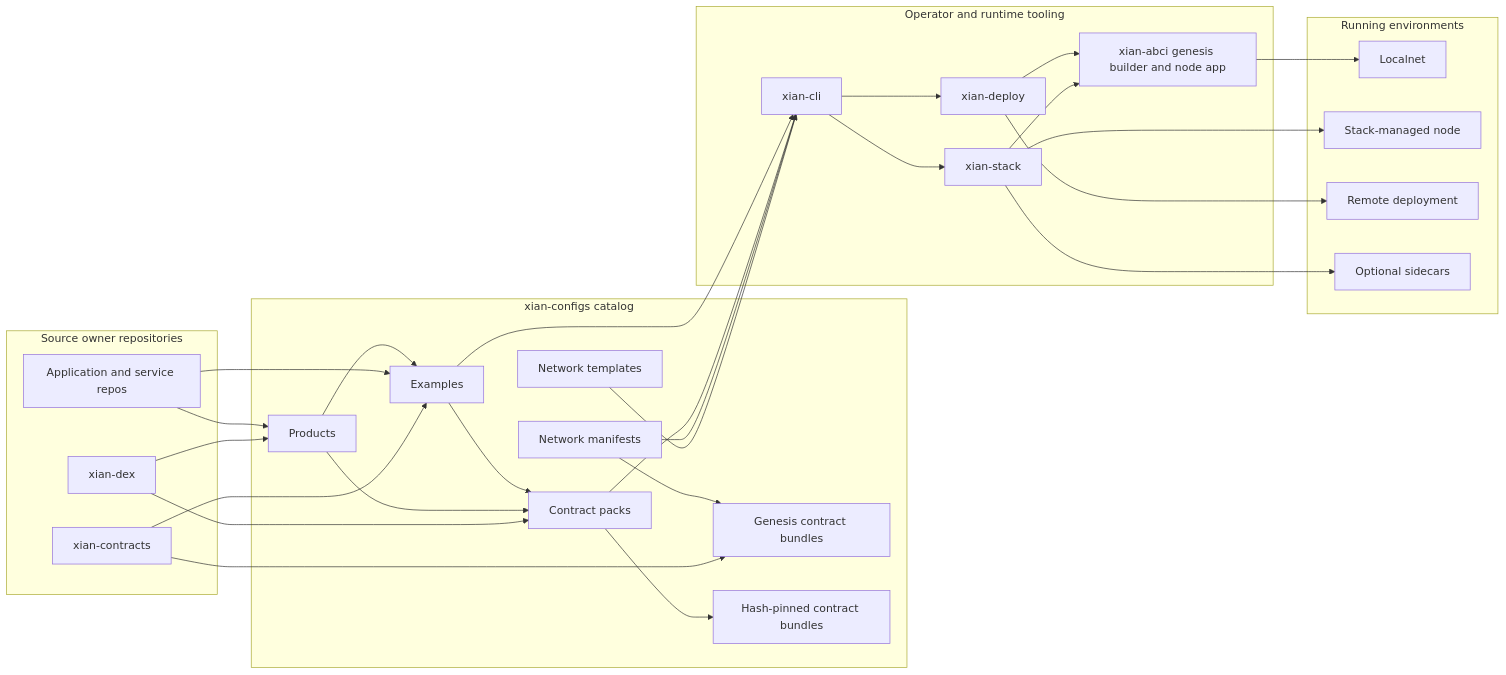
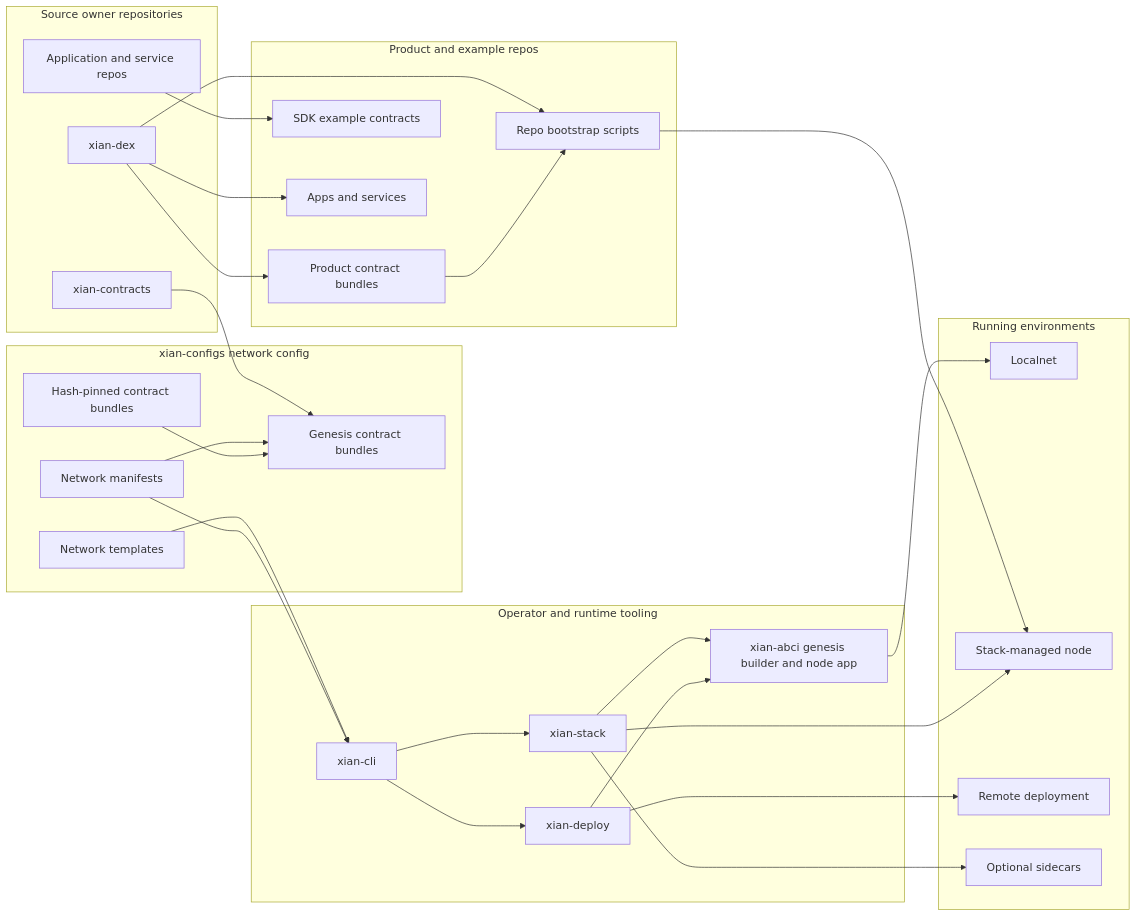
The first of 2 diagrams in introduction/architecture-overview.md (xian-technology/xian-docs-web), drawn with Mermaid before and after one commit. The commit also changed other lines of this file and 27 other files, not shown here.

First line of the commit message:
Docs restructure: drop contract-pack and example pages; nav/content updates

````diff
--- a/introduction/architecture-overview.md
+++ b/introduction/architecture-overview.md
@@ -28,56 +29,56 @@
 ```mermaid
 flowchart LR
   subgraph Source["Source owner repositories"]
     DexRepo["xian-dex"]
     ContractsRepo["xian-contracts"]
     AppRepos["Application and service repos"]
   end
 
-  subgraph Catalog["xian-configs catalog"]
+  subgraph Configs["xian-configs network config"]
     Networks["Network manifests"]
     Templates["Network templates"]
-    Products["Products"]
     Genesis["Genesis contract bundles"]
-    ContractPacks["Contract packs"]
-    Examples["Examples"]
     Bundles["Hash-pinned contract bundles"]
+  end
+
+  subgraph Products["Product and example repos"]
+    ProductBundles["Product contract bundles"]
+    Bootstrap["Repo bootstrap scripts"]
+    Examples["SDK example contracts"]
+    Apps["Apps and services"]
   end
 
   subgraph Tooling["Operator and runtime tooling"]
     CLI["xian-cli"]
     Stack["xian-stack"]
     Deploy["xian-deploy"]
     ABCI["xian-abci genesis builder and node app"]
   end
 
   subgraph Runtime["Running environments"]
     Localnet["Localnet"]
     Node["Stack-managed node"]
     Remote["Remote deployment"]
     Sidecars["Optional sidecars"]
   end
 
-  DexRepo --> ContractPacks
-  DexRepo --> Products
+  DexRepo --> ProductBundles
+  DexRepo --> Bootstrap
+  DexRepo --> Apps
   ContractsRepo --> Genesis
-  ContractsRepo --> Examples
   AppRepos --> Examples
-  AppRepos --> Products
-  Products --> ContractPacks
-  Products --> Examples
-  ContractPacks --> Bundles
-  Examples --> ContractPacks
+  ProductBundles --> Bootstrap
   Networks --> Genesis
+  Bundles --> Genesis
   Templates --> CLI
   Networks --> CLI
-  ContractPacks --> CLI
-  Examples --> CLI
   CLI --> Stack
   CLI --> Deploy
+  Bootstrap --> Node
   Stack --> ABCI
   Deploy --> ABCI
   ABCI --> Localnet
   Stack --> Node
   Stack --> Sidecars
   Deploy --> Remote
 ```
````
